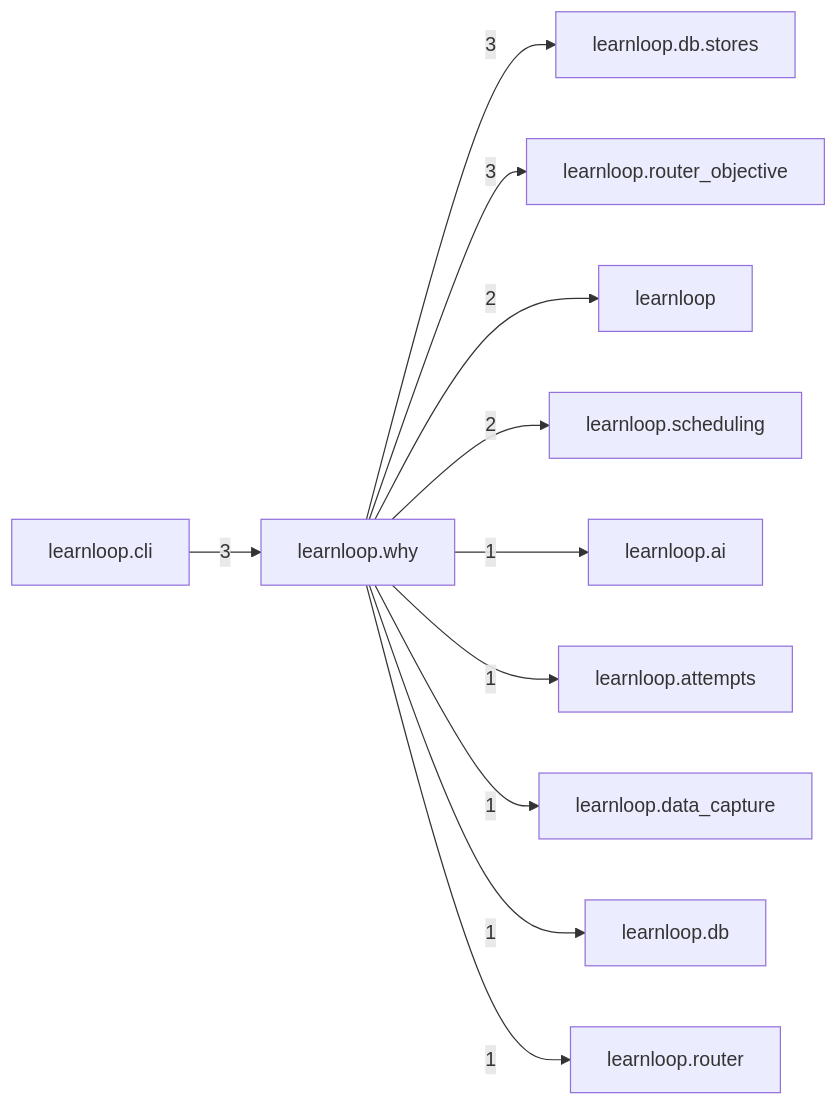
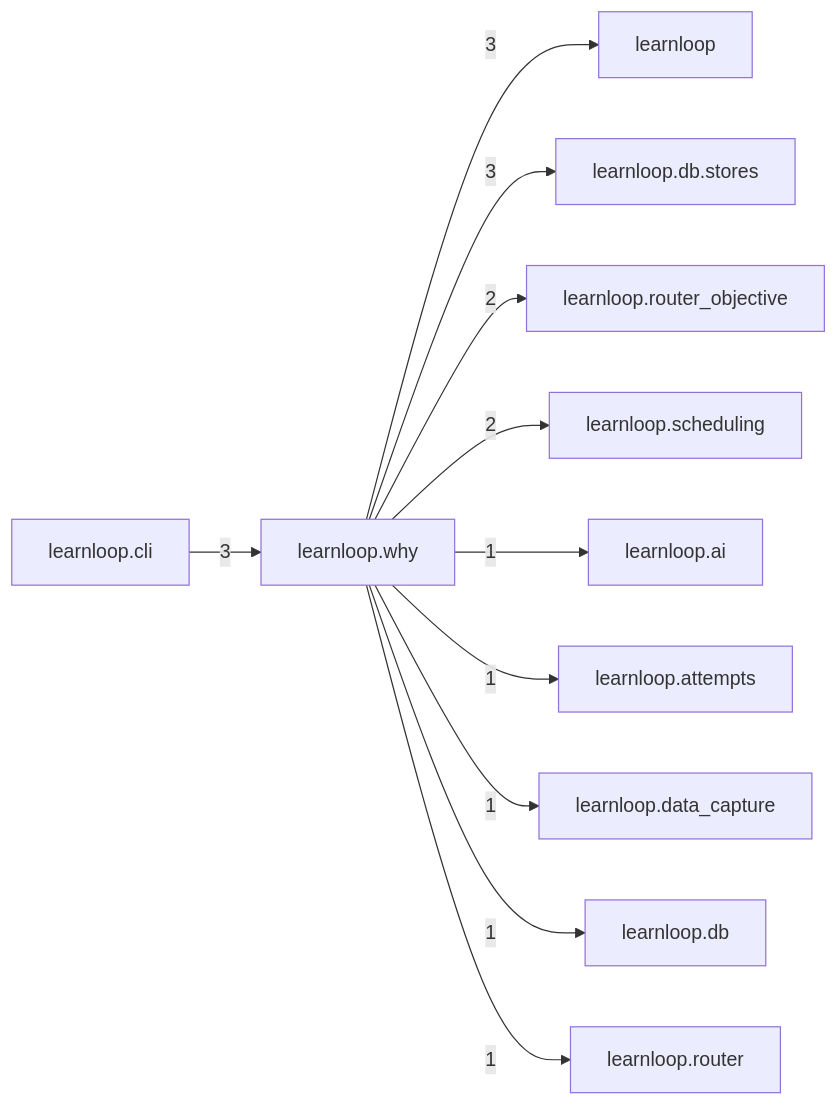
One commit to 6up-b/learnanything changed the diagram in docs/learnloop-architecture-vault/Reference/Modules/learnloop/why/_package.md. Above: the diagram before and after it, drawn with Mermaid. The commit also changed other lines of this file and 59 other files, not shown here.

````diff
--- a/docs/learnloop-architecture-vault/Reference/Modules/learnloop/why/_package.md
+++ b/docs/learnloop-architecture-vault/Reference/Modules/learnloop/why/_package.md
@@ -77,24 +77,24 @@
 ```mermaid
 flowchart LR
     center["learnloop.why"]
+    n_learnloop["learnloop"]
     n_learnloop_cli["learnloop.cli"]
     n_learnloop_db_stores["learnloop.db.stores"]
     n_learnloop_router_objective["learnloop.router_objective"]
-    n_learnloop["learnloop"]
     n_learnloop_scheduling["learnloop.scheduling"]
     n_learnloop_ai["learnloop.ai"]
     n_learnloop_attempts["learnloop.attempts"]
     n_learnloop_data_capture["learnloop.data_capture"]
     n_learnloop_db["learnloop.db"]
     n_learnloop_router["learnloop.router"]
+    center -->|3| n_learnloop
     n_learnloop_cli -->|3| center
     center -->|3| n_learnloop_db_stores
-    center -->|3| n_learnloop_router_objective
-    center -->|2| n_learnloop
+    center -->|2| n_learnloop_router_objective
     center -->|2| n_learnloop_scheduling
     center -->|1| n_learnloop_ai
     center -->|1| n_learnloop_attempts
     center -->|1| n_learnloop_data_capture
     center -->|1| n_learnloop_db
     center -->|1| n_learnloop_router
 ```
````
